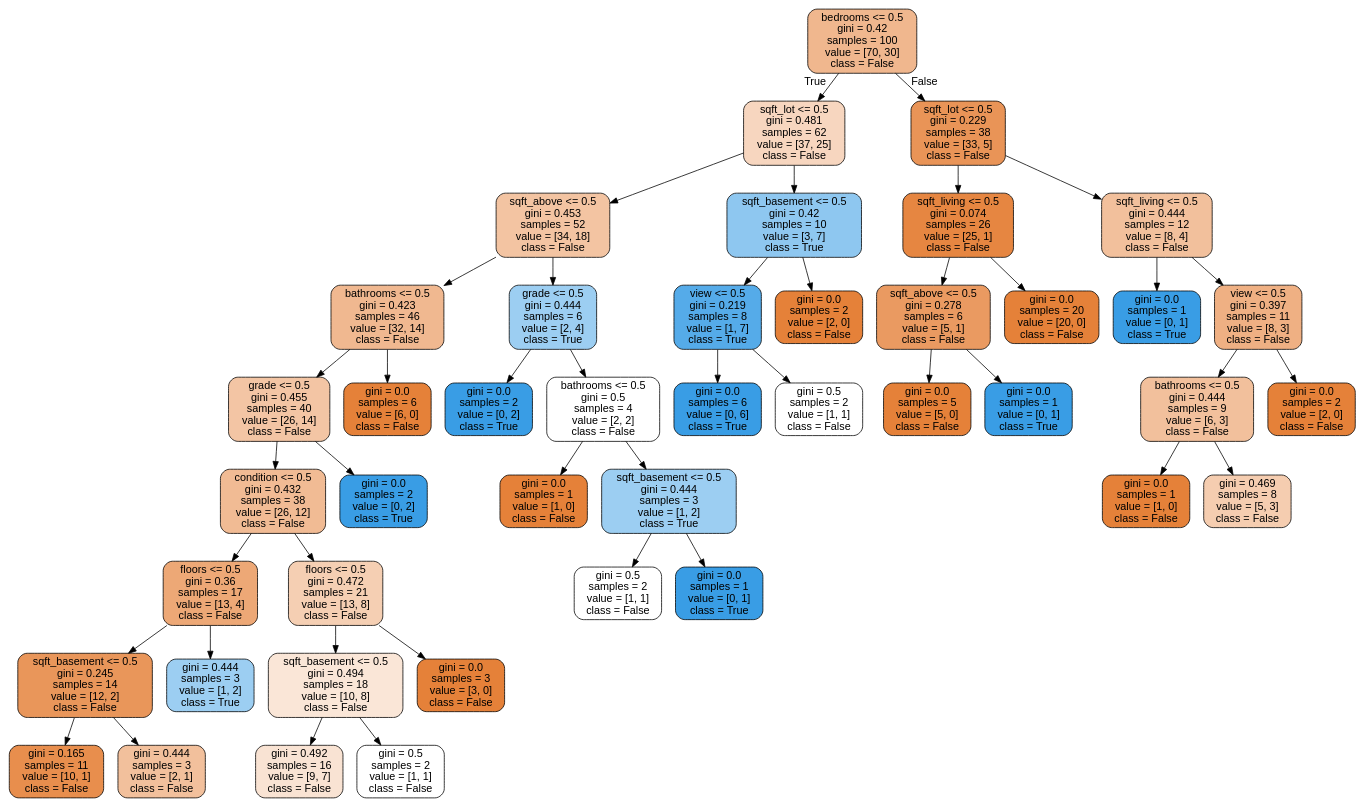
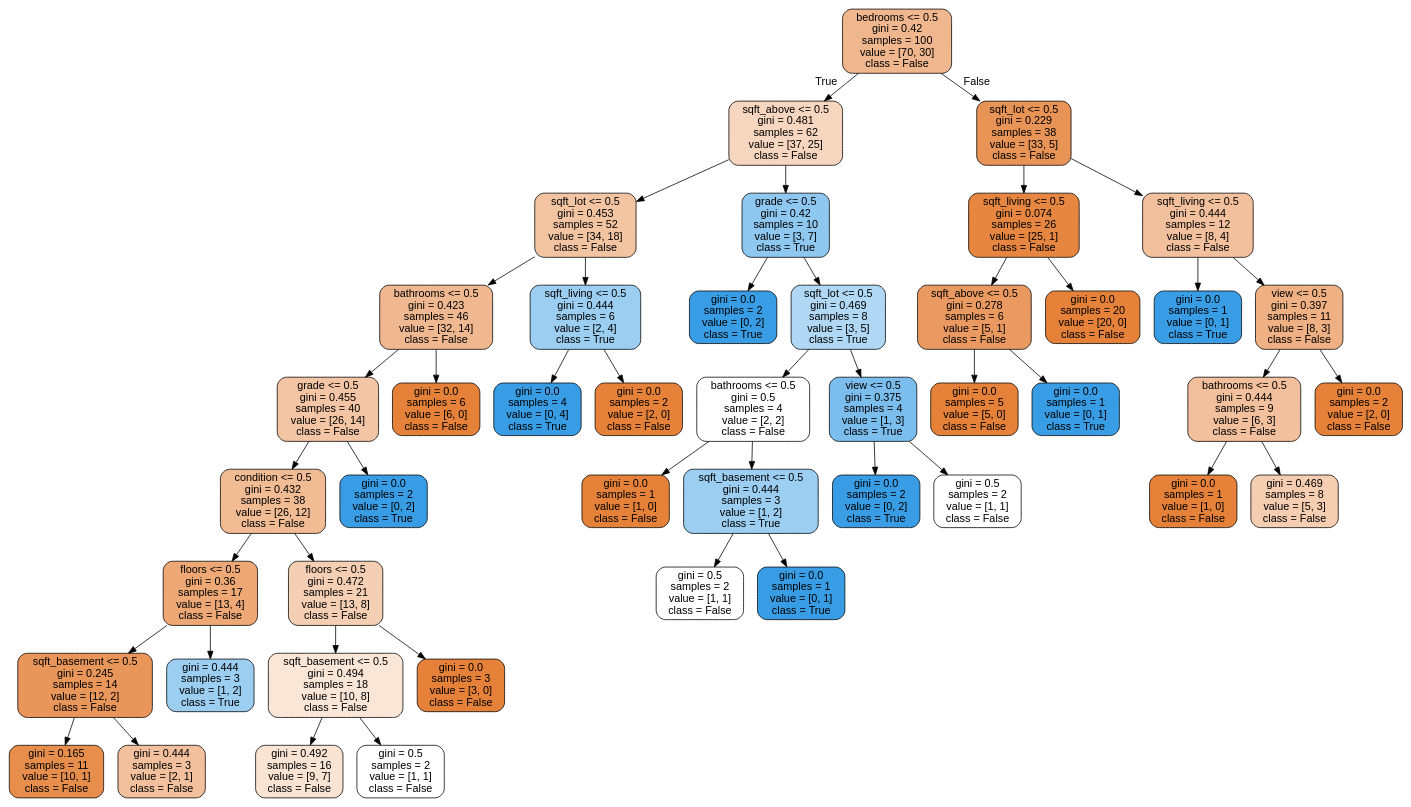
The diagram in chat_bot/aula.dot (Costa-amanda/chatbot_pe), drawn with Graphviz before and after one commit. The commit also changed 2 other files, not shown here.

```diff
--- a/chat_bot/aula.dot
+++ b/chat_bot/aula.dot
@@ -1,89 +1,93 @@
 digraph Tree {
 node [shape=box, style="filled, rounded", color="black", fontname=helvetica] ;
 edge [fontname=helvetica] ;
 0 [label="bedrooms <= 0.5\ngini = 0.42\nsamples = 100\nvalue = [70, 30]\nclass = False", fillcolor="#f0b78e"] ;
-1 [label="sqft_lot <= 0.5\ngini = 0.481\nsamples = 62\nvalue = [37, 25]\nclass = False", fillcolor="#f7d6bf"] ;
+1 [label="sqft_above <= 0.5\ngini = 0.481\nsamples = 62\nvalue = [37, 25]\nclass = False", fillcolor="#f7d6bf"] ;
 0 -> 1 [labeldistance=2.5, labelangle=45, headlabel="True"] ;
-2 [label="sqft_above <= 0.5\ngini = 0.453\nsamples = 52\nvalue = [34, 18]\nclass = False", fillcolor="#f3c4a2"] ;
+2 [label="sqft_lot <= 0.5\ngini = 0.453\nsamples = 52\nvalue = [34, 18]\nclass = False", fillcolor="#f3c4a2"] ;
 1 -> 2 ;
 3 [label="bathrooms <= 0.5\ngini = 0.423\nsamples = 46\nvalue = [32, 14]\nclass = False", fillcolor="#f0b890"] ;
 2 -> 3 ;
 4 [label="grade <= 0.5\ngini = 0.455\nsamples = 40\nvalue = [26, 14]\nclass = False", fillcolor="#f3c5a4"] ;
 3 -> 4 ;
 5 [label="condition <= 0.5\ngini = 0.432\nsamples = 38\nvalue = [26, 12]\nclass = False", fillcolor="#f1bb94"] ;
 4 -> 5 ;
 6 [label="floors <= 0.5\ngini = 0.36\nsamples = 17\nvalue = [13, 4]\nclass = False", fillcolor="#eda876"] ;
 5 -> 6 ;
 7 [label="sqft_basement <= 0.5\ngini = 0.245\nsamples = 14\nvalue = [12, 2]\nclass = False", fillcolor="#e9965a"] ;
 6 -> 7 ;
 8 [label="gini = 0.165\nsamples = 11\nvalue = [10, 1]\nclass = False", fillcolor="#e88e4d"] ;
 7 -> 8 ;
 9 [label="gini = 0.444\nsamples = 3\nvalue = [2, 1]\nclass = False", fillcolor="#f2c09c"] ;
 7 -> 9 ;
 10 [label="gini = 0.444\nsamples = 3\nvalue = [1, 2]\nclass = True", fillcolor="#9ccef2"] ;
 6 -> 10 ;
 11 [label="floors <= 0.5\ngini = 0.472\nsamples = 21\nvalue = [13, 8]\nclass = False", fillcolor="#f5cfb3"] ;
 5 -> 11 ;
 12 [label="sqft_basement <= 0.5\ngini = 0.494\nsamples = 18\nvalue = [10, 8]\nclass = False", fillcolor="#fae6d7"] ;
 11 -> 12 ;
 13 [label="gini = 0.492\nsamples = 16\nvalue = [9, 7]\nclass = False", fillcolor="#f9e3d3"] ;
 12 -> 13 ;
 14 [label="gini = 0.5\nsamples = 2\nvalue = [1, 1]\nclass = False", fillcolor="#ffffff"] ;
 12 -> 14 ;
 15 [label="gini = 0.0\nsamples = 3\nvalue = [3, 0]\nclass = False", fillcolor="#e58139"] ;
 11 -> 15 ;
 16 [label="gini = 0.0\nsamples = 2\nvalue = [0, 2]\nclass = True", fillcolor="#399de5"] ;
 4 -> 16 ;
 17 [label="gini = 0.0\nsamples = 6\nvalue = [6, 0]\nclass = False", fillcolor="#e58139"] ;
 3 -> 17 ;
-18 [label="grade <= 0.5\ngini = 0.444\nsamples = 6\nvalue = [2, 4]\nclass = True", fillcolor="#9ccef2"] ;
+18 [label="sqft_living <= 0.5\ngini = 0.444\nsamples = 6\nvalue = [2, 4]\nclass = True", fillcolor="#9ccef2"] ;
 2 -> 18 ;
-19 [label="gini = 0.0\nsamples = 2\nvalue = [0, 2]\nclass = True", fillcolor="#399de5"] ;
+19 [label="gini = 0.0\nsamples = 4\nvalue = [0, 4]\nclass = True", fillcolor="#399de5"] ;
 18 -> 19 ;
-20 [label="bathrooms <= 0.5\ngini = 0.5\nsamples = 4\nvalue = [2, 2]\nclass = False", fillcolor="#ffffff"] ;
+20 [label="gini = 0.0\nsamples = 2\nvalue = [2, 0]\nclass = False", fillcolor="#e58139"] ;
 18 -> 20 ;
-21 [label="gini = 0.0\nsamples = 1\nvalue = [1, 0]\nclass = False", fillcolor="#e58139"] ;
-20 -> 21 ;
-22 [label="sqft_basement <= 0.5\ngini = 0.444\nsamples = 3\nvalue = [1, 2]\nclass = True", fillcolor="#9ccef2"] ;
-20 -> 22 ;
-23 [label="gini = 0.5\nsamples = 2\nvalue = [1, 1]\nclass = False", fillcolor="#ffffff"] ;
-22 -> 23 ;
-24 [label="gini = 0.0\nsamples = 1\nvalue = [0, 1]\nclass = True", fillcolor="#399de5"] ;
-22 -> 24 ;
-25 [label="sqft_basement <= 0.5\ngini = 0.42\nsamples = 10\nvalue = [3, 7]\nclass = True", fillcolor="#8ec7f0"] ;
-1 -> 25 ;
-26 [label="view <= 0.5\ngini = 0.219\nsamples = 8\nvalue = [1, 7]\nclass = True", fillcolor="#55abe9"] ;
-25 -> 26 ;
-27 [label="gini = 0.0\nsamples = 6\nvalue = [0, 6]\nclass = True", fillcolor="#399de5"] ;
+21 [label="grade <= 0.5\ngini = 0.42\nsamples = 10\nvalue = [3, 7]\nclass = True", fillcolor="#8ec7f0"] ;
+1 -> 21 ;
+22 [label="gini = 0.0\nsamples = 2\nvalue = [0, 2]\nclass = True", fillcolor="#399de5"] ;
+21 -> 22 ;
+23 [label="sqft_lot <= 0.5\ngini = 0.469\nsamples = 8\nvalue = [3, 5]\nclass = True", fillcolor="#b0d8f5"] ;
+21 -> 23 ;
+24 [label="bathrooms <= 0.5\ngini = 0.5\nsamples = 4\nvalue = [2, 2]\nclass = False", fillcolor="#ffffff"] ;
+23 -> 24 ;
+25 [label="gini = 0.0\nsamples = 1\nvalue = [1, 0]\nclass = False", fillcolor="#e58139"] ;
+24 -> 25 ;
+26 [label="sqft_basement <= 0.5\ngini = 0.444\nsamples = 3\nvalue = [1, 2]\nclass = True", fillcolor="#9ccef2"] ;
+24 -> 26 ;
+27 [label="gini = 0.5\nsamples = 2\nvalue = [1, 1]\nclass = False", fillcolor="#ffffff"] ;
 26 -> 27 ;
-28 [label="gini = 0.5\nsamples = 2\nvalue = [1, 1]\nclass = False", fillcolor="#ffffff"] ;
+28 [label="gini = 0.0\nsamples = 1\nvalue = [0, 1]\nclass = True", fillcolor="#399de5"] ;
 26 -> 28 ;
-29 [label="gini = 0.0\nsamples = 2\nvalue = [2, 0]\nclass = False", fillcolor="#e58139"] ;
-25 -> 29 ;
-30 [label="sqft_lot <= 0.5\ngini = 0.229\nsamples = 38\nvalue = [33, 5]\nclass = False", fillcolor="#e99457"] ;
-0 -> 30 [labeldistance=2.5, labelangle=-45, headlabel="False"] ;
-31 [label="sqft_living <= 0.5\ngini = 0.074\nsamples = 26\nvalue = [25, 1]\nclass = False", fillcolor="#e68641"] ;
-30 -> 31 ;
-32 [label="sqft_above <= 0.5\ngini = 0.278\nsamples = 6\nvalue = [5, 1]\nclass = False", fillcolor="#ea9a61"] ;
-31 -> 32 ;
-33 [label="gini = 0.0\nsamples = 5\nvalue = [5, 0]\nclass = False", fillcolor="#e58139"] ;
+29 [label="view <= 0.5\ngini = 0.375\nsamples = 4\nvalue = [1, 3]\nclass = True", fillcolor="#7bbeee"] ;
+23 -> 29 ;
+30 [label="gini = 0.0\nsamples = 2\nvalue = [0, 2]\nclass = True", fillcolor="#399de5"] ;
+29 -> 30 ;
+31 [label="gini = 0.5\nsamples = 2\nvalue = [1, 1]\nclass = False", fillcolor="#ffffff"] ;
+29 -> 31 ;
+32 [label="sqft_lot <= 0.5\ngini = 0.229\nsamples = 38\nvalue = [33, 5]\nclass = False", fillcolor="#e99457"] ;
+0 -> 32 [labeldistance=2.5, labelangle=-45, headlabel="False"] ;
+33 [label="sqft_living <= 0.5\ngini = 0.074\nsamples = 26\nvalue = [25, 1]\nclass = False", fillcolor="#e68641"] ;
 32 -> 33 ;
-34 [label="gini = 0.0\nsamples = 1\nvalue = [0, 1]\nclass = True", fillcolor="#399de5"] ;
-32 -> 34 ;
-35 [label="gini = 0.0\nsamples = 20\nvalue = [20, 0]\nclass = False", fillcolor="#e58139"] ;
-31 -> 35 ;
-36 [label="sqft_living <= 0.5\ngini = 0.444\nsamples = 12\nvalue = [8, 4]\nclass = False", fillcolor="#f2c09c"] ;
-30 -> 36 ;
-37 [label="gini = 0.0\nsamples = 1\nvalue = [0, 1]\nclass = True", fillcolor="#399de5"] ;
-36 -> 37 ;
-38 [label="view <= 0.5\ngini = 0.397\nsamples = 11\nvalue = [8, 3]\nclass = False", fillcolor="#efb083"] ;
-36 -> 38 ;
-39 [label="bathrooms <= 0.5\ngini = 0.444\nsamples = 9\nvalue = [6, 3]\nclass = False", fillcolor="#f2c09c"] ;
+34 [label="sqft_above <= 0.5\ngini = 0.278\nsamples = 6\nvalue = [5, 1]\nclass = False", fillcolor="#ea9a61"] ;
+33 -> 34 ;
+35 [label="gini = 0.0\nsamples = 5\nvalue = [5, 0]\nclass = False", fillcolor="#e58139"] ;
+34 -> 35 ;
+36 [label="gini = 0.0\nsamples = 1\nvalue = [0, 1]\nclass = True", fillcolor="#399de5"] ;
+34 -> 36 ;
+37 [label="gini = 0.0\nsamples = 20\nvalue = [20, 0]\nclass = False", fillcolor="#e58139"] ;
+33 -> 37 ;
+38 [label="sqft_living <= 0.5\ngini = 0.444\nsamples = 12\nvalue = [8, 4]\nclass = False", fillcolor="#f2c09c"] ;
+32 -> 38 ;
+39 [label="gini = 0.0\nsamples = 1\nvalue = [0, 1]\nclass = True", fillcolor="#399de5"] ;
 38 -> 39 ;
-40 [label="gini = 0.0\nsamples = 1\nvalue = [1, 0]\nclass = False", fillcolor="#e58139"] ;
-39 -> 40 ;
-41 [label="gini = 0.469\nsamples = 8\nvalue = [5, 3]\nclass = False", fillcolor="#f5cdb0"] ;
-39 -> 41 ;
-42 [label="gini = 0.0\nsamples = 2\nvalue = [2, 0]\nclass = False", fillcolor="#e58139"] ;
-38 -> 42 ;
+40 [label="view <= 0.5\ngini = 0.397\nsamples = 11\nvalue = [8, 3]\nclass = False", fillcolor="#efb083"] ;
+38 -> 40 ;
+41 [label="bathrooms <= 0.5\ngini = 0.444\nsamples = 9\nvalue = [6, 3]\nclass = False", fillcolor="#f2c09c"] ;
+40 -> 41 ;
+42 [label="gini = 0.0\nsamples = 1\nvalue = [1, 0]\nclass = False", fillcolor="#e58139"] ;
+41 -> 42 ;
+43 [label="gini = 0.469\nsamples = 8\nvalue = [5, 3]\nclass = False", fillcolor="#f5cdb0"] ;
+41 -> 43 ;
+44 [label="gini = 0.0\nsamples = 2\nvalue = [2, 0]\nclass = False", fillcolor="#e58139"] ;
+40 -> 44 ;
 }
```
